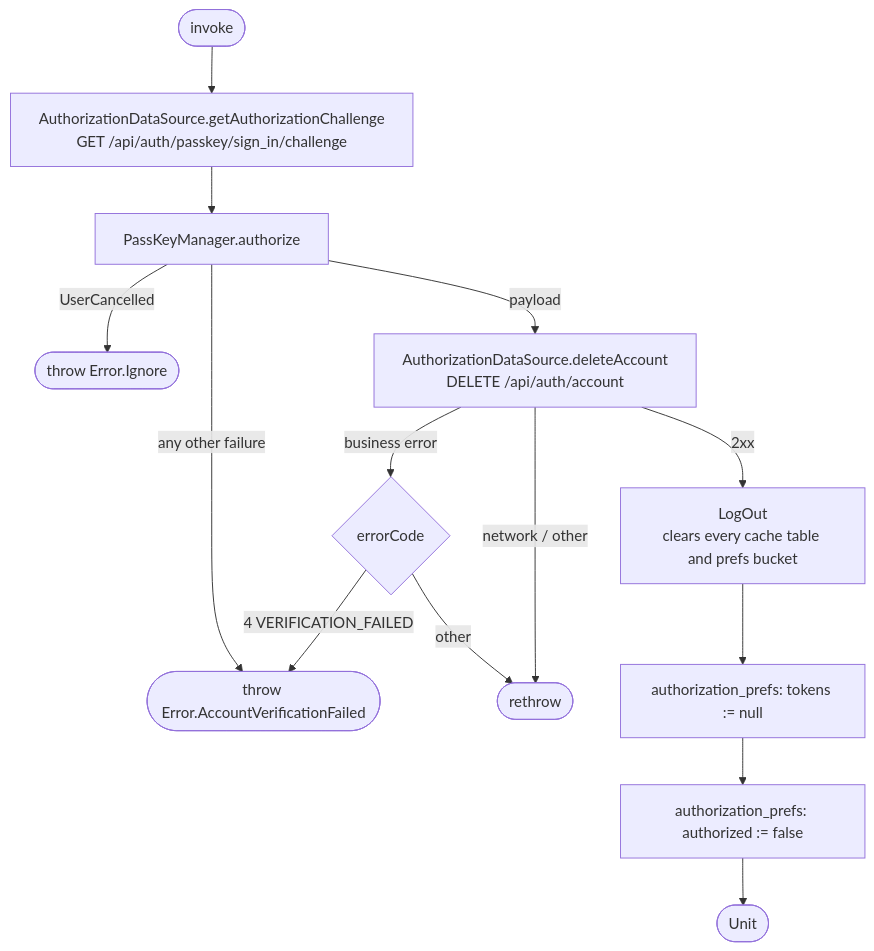
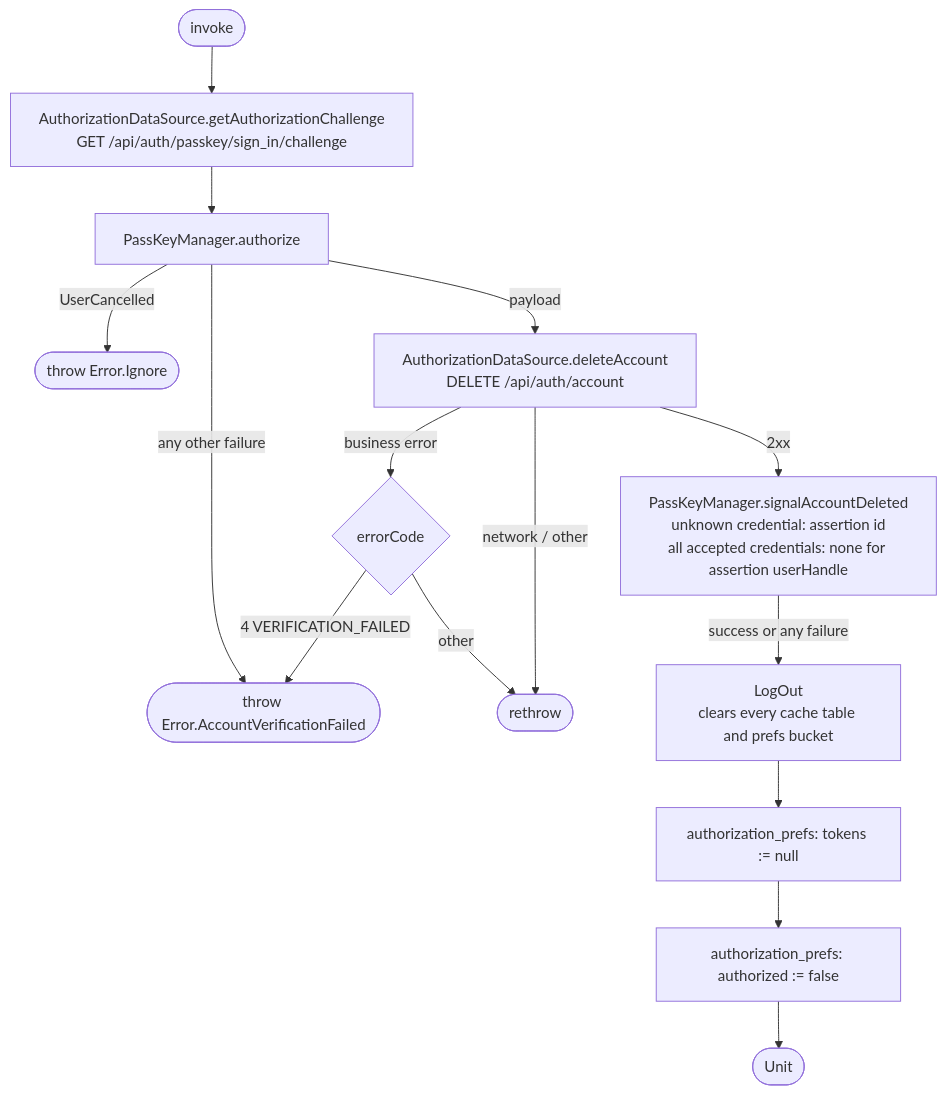
The diagram in docs/operations/settings/delete-account.md (nocturneproperties/bookkme-client), drawn with Mermaid before and after one commit. The commit also changed other lines of this file and 24 other files, not shown here.

Commit message:
[ISSUE-73] mark credentials as deleted after account is deleted

````diff
--- a/docs/operations/settings/delete-account.md
+++ b/docs/operations/settings/delete-account.md
@@ -11,16 +12,17 @@
 ```mermaid
 flowchart TD
     Start([invoke]) --> Ch[AuthorizationDataSource.getAuthorizationChallenge<br/>GET /api/auth/passkey/sign_in/challenge]
     Ch --> PK[PassKeyManager.authorize]
     PK -- UserCancelled --> Ign([throw Error.Ignore])
     PK -- any other failure --> E1([throw Error.AccountVerificationFailed])
     PK -- payload --> Del[AuthorizationDataSource.deleteAccount<br/>DELETE /api/auth/account]
     Del -- business error --> Code{errorCode}
     Code -- 4 VERIFICATION_FAILED --> E1
     Code -- other --> EX([rethrow])
     Del -- network / other --> EX
-    Del -- 2xx --> Out[LogOut<br/>clears every cache table and prefs bucket]
+    Del -- 2xx --> Sig[PassKeyManager.signalAccountDeleted<br/>unknown credential: assertion id<br/>all accepted credentials: none for assertion userHandle]
+    Sig -- success or any failure --> Out[LogOut<br/>clears every cache table and prefs bucket]
     Out --> Clr[authorization_prefs: tokens := null]
     Clr --> Auth[authorization_prefs: authorized := false]
     Auth --> R([Unit])
 ```
````
